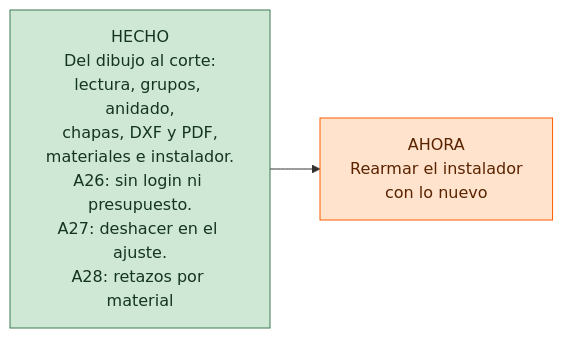
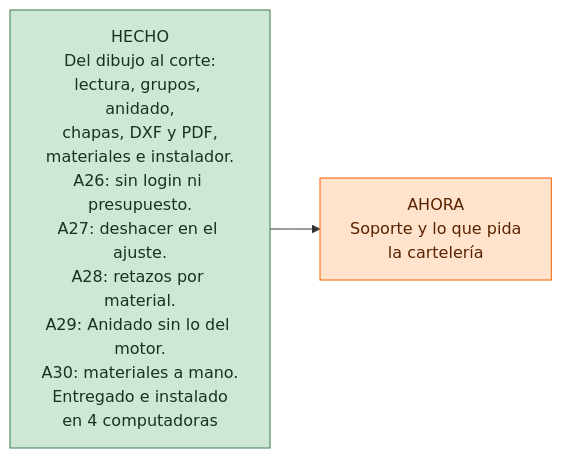
One commit to enzopazzelli/carteleria changed the third of 3 diagrams in README.md. Above: the diagram before and after it, drawn with Mermaid. The commit also changed other lines of this file and 2 other files, not shown here.

Commit message:
docs: producto entregado e instalado en 4 computadoras; se anotan el DXF sin textos y el deshacer de Grupos

````diff
--- a/README.md
+++ b/README.md
@@ -238,12 +238,12 @@
 ```mermaid
 flowchart LR
-    H["HECHO<br/>Del dibujo al corte:<br/>lectura, grupos, anidado,<br/>chapas, DXF y PDF,<br/>materiales e instalador.<br/>A26: sin login ni presupuesto.<br/>A27: deshacer en el ajuste.<br/>A28: retazos por material"]
-    N["AHORA<br/>Rearmar el instalador<br/>con lo nuevo"]
+    H["HECHO<br/>Del dibujo al corte:<br/>lectura, grupos, anidado,<br/>chapas, DXF y PDF,<br/>materiales e instalador.<br/>A26: sin login ni presupuesto.<br/>A27: deshacer en el ajuste.<br/>A28: retazos por material.<br/>A29: Anidado sin lo del motor.<br/>A30: materiales a mano.<br/>Entregado e instalado<br/>en 4 computadoras"]
+    N["AHORA<br/>Soporte y lo que pida<br/>la cartelería"]
     H --> N
 
     classDef hecho fill:#cfe8d5,stroke:#3d7a52,color:#14351f
     classDef ahora fill:#ffe3cc,stroke:#ff5d00,color:#5a2300
     classDef luego fill:#eeeeee,stroke:#999,color:#555
     class H hecho
     class N ahora
 ```
````
